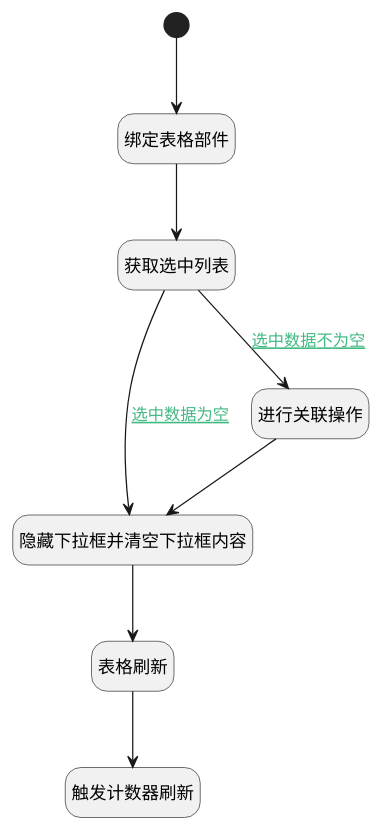
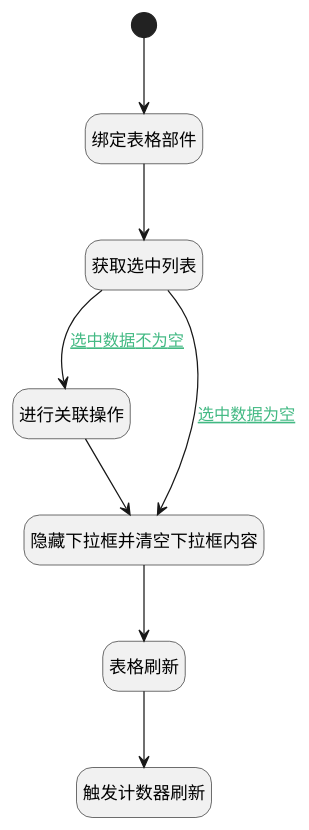
One commit to iBizLab/plm changed the diagram in doc/docsify/module/ProdMgmt/idea/uilogic/test_case_relation_idea.md. Above: the diagram before and after it, drawn with PlantUML. The commit also changed other lines of this file and 1778 other files, not shown here.

````diff
--- a/doc/docsify/module/ProdMgmt/idea/uilogic/test_case_relation_idea.md
+++ b/doc/docsify/module/ProdMgmt/idea/uilogic/test_case_relation_idea.md
@@ -7,30 +7,30 @@
 ```plantuml
 @startuml
 hide footbox
 <style>
 root {
   HyperlinkColor #42b983
 }
 </style>
 
 hide empty description
 state "开始" as Begin <<start>> [[$./test_case_relation_idea#begin {开始}]]
+state "进行关联操作" as DEACTION1  [[$./test_case_relation_idea#deaction1 {进行关联操作}]]
+state "触发计数器刷新" as RAWJSCODE3  [[$./test_case_relation_idea#rawjscode3 {触发计数器刷新}]]
+state "获取选中列表" as RAWJSCODE2  [[$./test_case_relation_idea#rawjscode2 {获取选中列表}]]
 state "隐藏下拉框并清空下拉框内容" as RAWJSCODE1  [[$./test_case_relation_idea#rawjscode1 {隐藏下拉框并清空下拉框内容}]]
+state "绑定表格部件" as PREPAREJSPARAM1  [[$./test_case_relation_idea#preparejsparam1 {绑定表格部件}]]
 state "表格刷新" as VIEWCTRLINVOKE1  [[$./test_case_relation_idea#viewctrlinvoke1 {表格刷新}]]
-state "获取选中列表" as RAWJSCODE2  [[$./test_case_relation_idea#rawjscode2 {获取选中列表}]]
-state "绑定表格部件" as PREPAREJSPARAM1  [[$./test_case_relation_idea#preparejsparam1 {绑定表格部件}]]
-state "触发计数器刷新" as RAWJSCODE3  [[$./test_case_relation_idea#rawjscode3 {触发计数器刷新}]]
-state "进行关联操作" as DEACTION1  [[$./test_case_relation_idea#deaction1 {进行关联操作}]]
 
 
 Begin --> PREPAREJSPARAM1
 PREPAREJSPARAM1 --> RAWJSCODE2
 RAWJSCODE2 --> DEACTION1 : [[$./test_case_relation_idea#rawjscode2-deaction1{选中数据不为空} 选中数据不为空]]
 DEACTION1 --> RAWJSCODE1
 RAWJSCODE1 --> VIEWCTRLINVOKE1
 VIEWCTRLINVOKE1 --> RAWJSCODE3
 RAWJSCODE2 --> RAWJSCODE1 : [[$./test_case_relation_idea#rawjscode2-rawjscode1{选中数据为空} 选中数据为空]]
 
 
 @enduml
 ```
````
